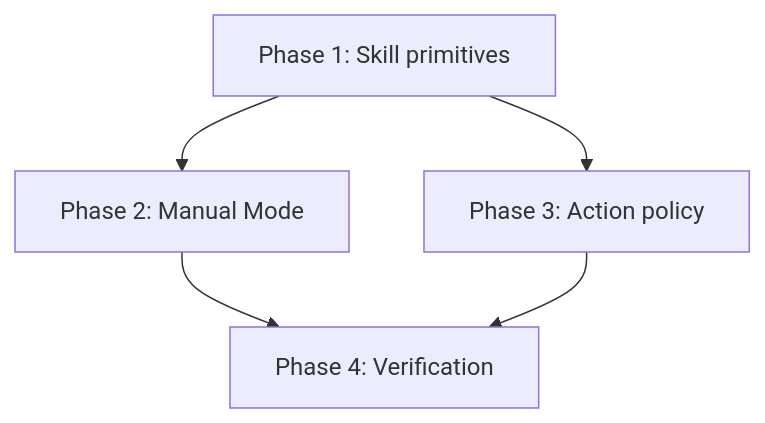
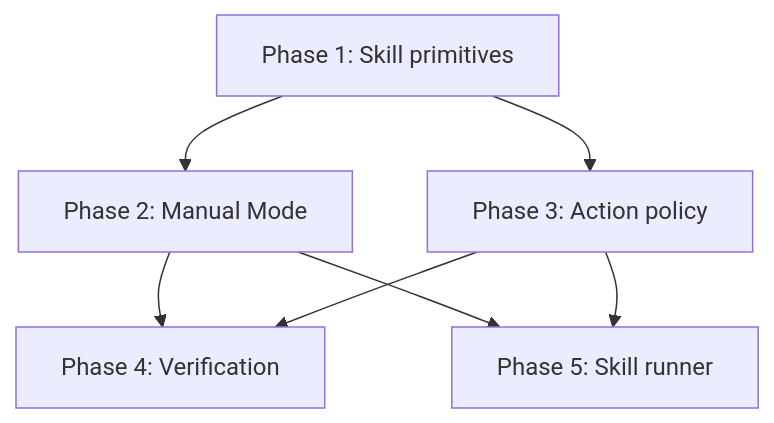
The first of 2 diagrams in docs/skills_plan/README.md (Axeseller/MindWeavers), drawn with Mermaid before and after one commit. The commit also changed other lines of this file and 4 other files, not shown here.

````diff
--- a/docs/skills_plan/README.md
+++ b/docs/skills_plan/README.md
@@ -29,7 +30,9 @@
 ```mermaid
 flowchart TD
   P1["Phase 1: Skill primitives"] --> P2["Phase 2: Manual Mode"]
   P1 --> P3["Phase 3: Action policy"]
   P2 --> P4["Phase 4: Verification"]
   P3 --> P4
+  P2 --> P5["Phase 5: Skill runner"]
+  P3 --> P5
 ```
````
